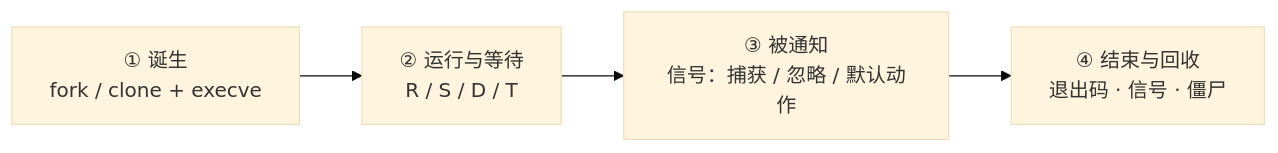
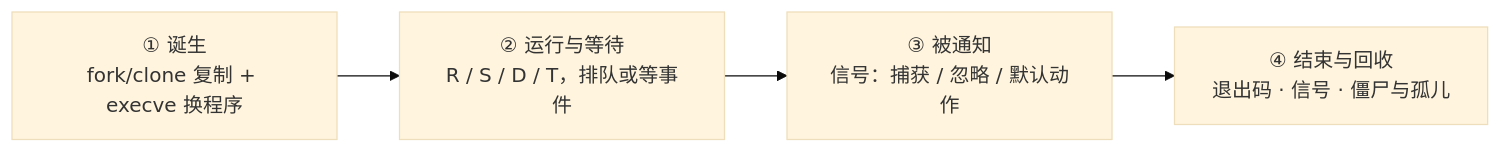
The diagram in Linux/03_进程与信号/00_导读与知识地图.md (realtyz/ops-manual), drawn with Mermaid (base theme) before and after one commit. The commit also changed other lines of this file and 61 other files, not shown here.

````diff
--- a/Linux/03_进程与信号/00_导读与知识地图.md
+++ b/Linux/03_进程与信号/00_导读与知识地图.md
@@ -61,6 +19,6 @@
 ```mermaid
 flowchart LR
-  A["① 诞生<br/>fork / clone + execve"] --> B["② 运行与等待<br/>R / S / D / T"]
+  A["① 诞生<br/>fork/clone 复制 + execve 换程序"] --> B["② 运行与等待<br/>R / S / D / T，排队或等事件"]
   B --> C["③ 被通知<br/>信号：捕获 / 忽略 / 默认动作"]
-  C --> D["④ 结束与回收<br/>退出码 · 信号 · 僵尸"]
+  C --> D["④ 结束与回收<br/>退出码 · 信号 · 僵尸与孤儿"]
 ```
````
